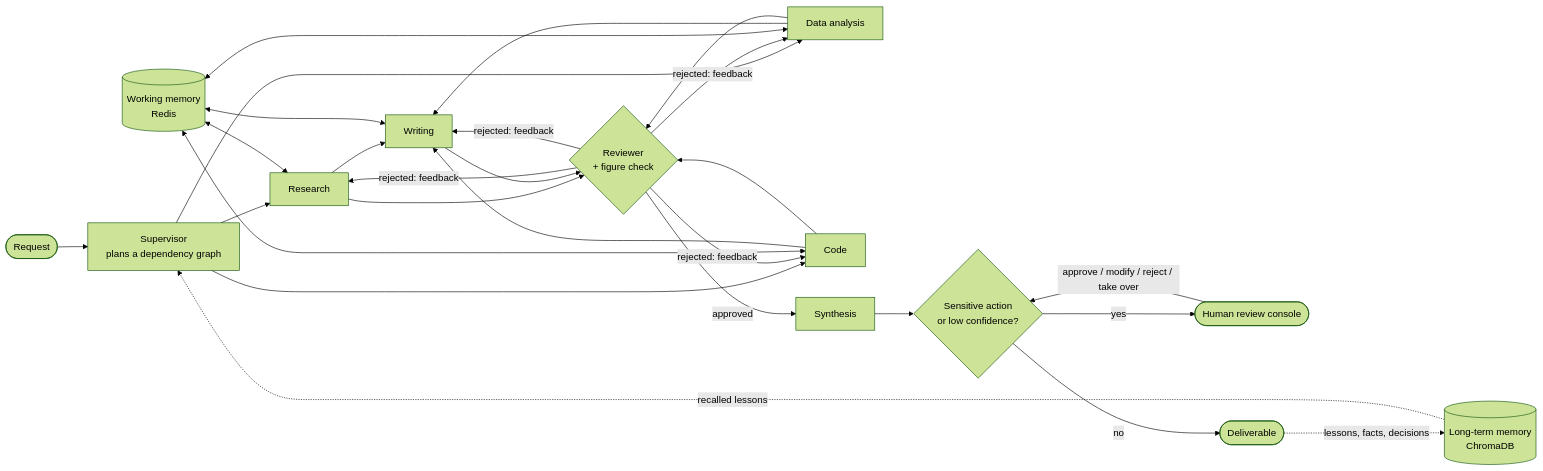
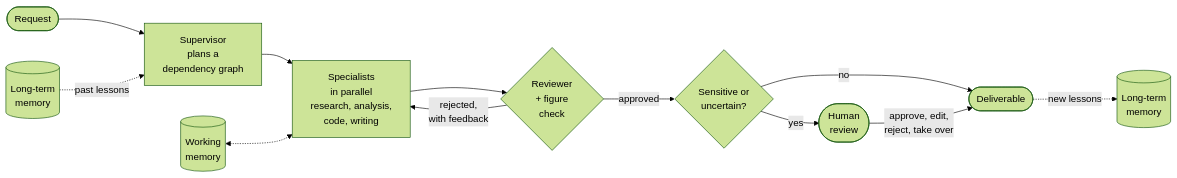
The diagram in README.md (pentiumcoder/AOS), drawn with Mermaid (forest theme) before and after one commit. The commit also changed other lines of this file, not shown here.

````diff
--- a/README.md
+++ b/README.md
@@ -5,18 +10,14 @@
 ```mermaid
 flowchart LR
-    U([Request]) --> S[Supervisor<br/>plans a dependency graph]
-    M[(Long-term memory<br/>ChromaDB)] -. recalled lessons .-> S
-    S --> R[Research]
-    S --> D[Data analysis]
-    S --> C[Code]
-    R & D & C --> W[Writing]
-    R & D & C & W --> V{Reviewer<br/>+ figure check}
-    V -- rejected: feedback --> R & D & C & W
-    V -- approved --> Y[Synthesis]
-    Y --> A{Sensitive action<br/>or low confidence?}
-    A -- yes --> H([Human review console])
-    H -- approve / modify / reject / take over --> A
+    U([Request]) --> S[Supervisor<br/>plans a<br/>dependency graph]
+    MR[(Long-term<br/>memory)] -. past lessons .-> S
+    S --> SP[Specialists<br/>in parallel<br/>research, analysis,<br/>code, writing]
+    WM[(Working<br/>memory)] <-.-> SP
+    SP --> V{Reviewer<br/>+ figure<br/>check}
+    V -- rejected,<br/>with feedback --> SP
+    V -- approved --> A{Sensitive or<br/>uncertain?}
     A -- no --> OUT([Deliverable])
-    OUT -. lessons, facts, decisions .-> M
-    WM[(Working memory<br/>Redis)] <--> R & D & C & W
+    A -- yes --> H([Human<br/>review])
+    H -- approve, edit,<br/>reject, take over --> OUT
+    OUT -. new lessons .-> MW[(Long-term<br/>memory)]
 ```
````
